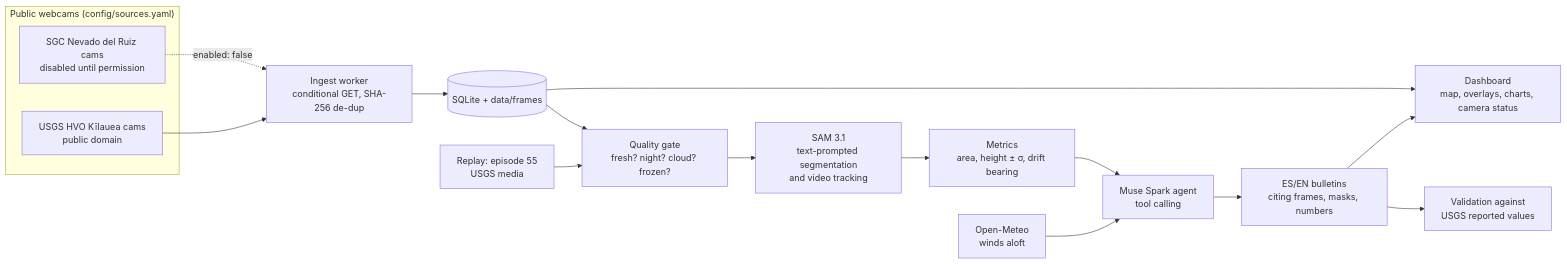
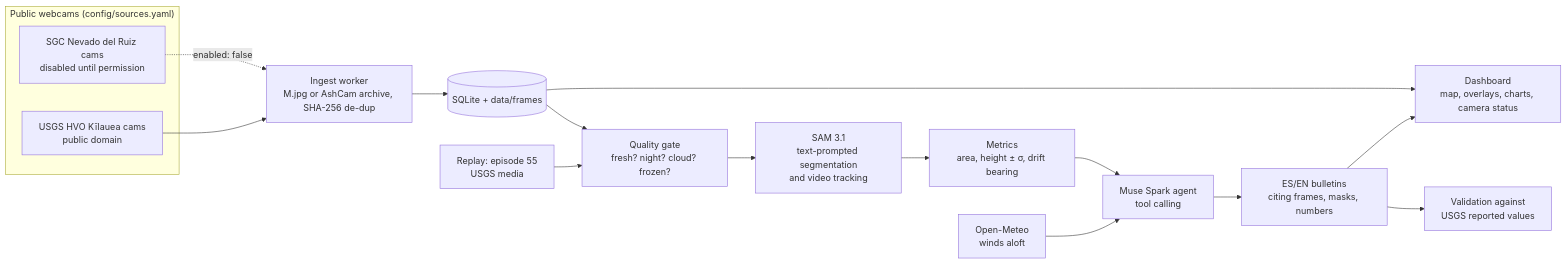
The diagram in README.md (facurie/Volcano_Vigil), drawn with Mermaid before and after one commit. The commit also changed other lines of this file and 3 other files, not shown here.

Commit message:
Mark Phase 1 done: AshCam backfill and live polling, prompt tuning, legend strip

````diff
--- a/README.md
+++ b/README.md
@@ -21,20 +21,20 @@
 ```mermaid
 flowchart LR
     subgraph sources["Public webcams (config/sources.yaml)"]
         usgs["USGS HVO Kīlauea cams<br/>public domain"]
         sgc["SGC Nevado del Ruiz cams<br/>disabled until permission"]
     end
-    usgs --> ingest["Ingest worker<br/>conditional GET, SHA-256 de-dup"]
+    usgs --> ingest["Ingest worker<br/>M.jpg or AshCam archive, SHA-256 de-dup"]
     sgc -. "enabled: false" .-> ingest
     ingest --> store[("SQLite + data/frames")]
     replay["Replay: episode 55<br/>USGS media"] --> quality
     store --> quality["Quality gate<br/>fresh? night? cloud? frozen?"]
     quality --> sam["SAM 3.1<br/>text-prompted segmentation<br/>and video tracking"]
     sam --> metrics["Metrics<br/>area, height ± σ, drift bearing"]
     wind["Open-Meteo<br/>winds aloft"] --> agent
     metrics --> agent["Muse Spark agent<br/>tool calling"]
     agent --> bulletins["ES/EN bulletins<br/>citing frames, masks, numbers"]
     bulletins --> dashboard["Dashboard<br/>map, overlays, charts, camera status"]
     store --> dashboard
     bulletins --> validation["Validation against<br/>USGS reported values"]
 ```
````
